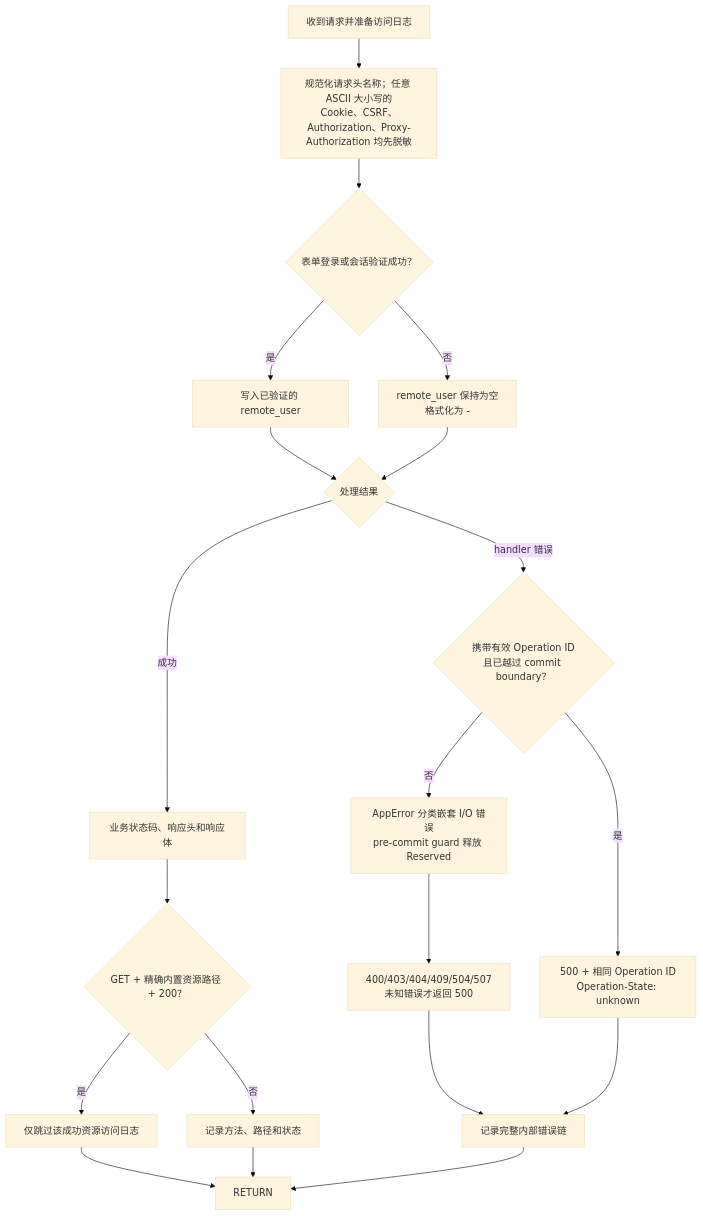
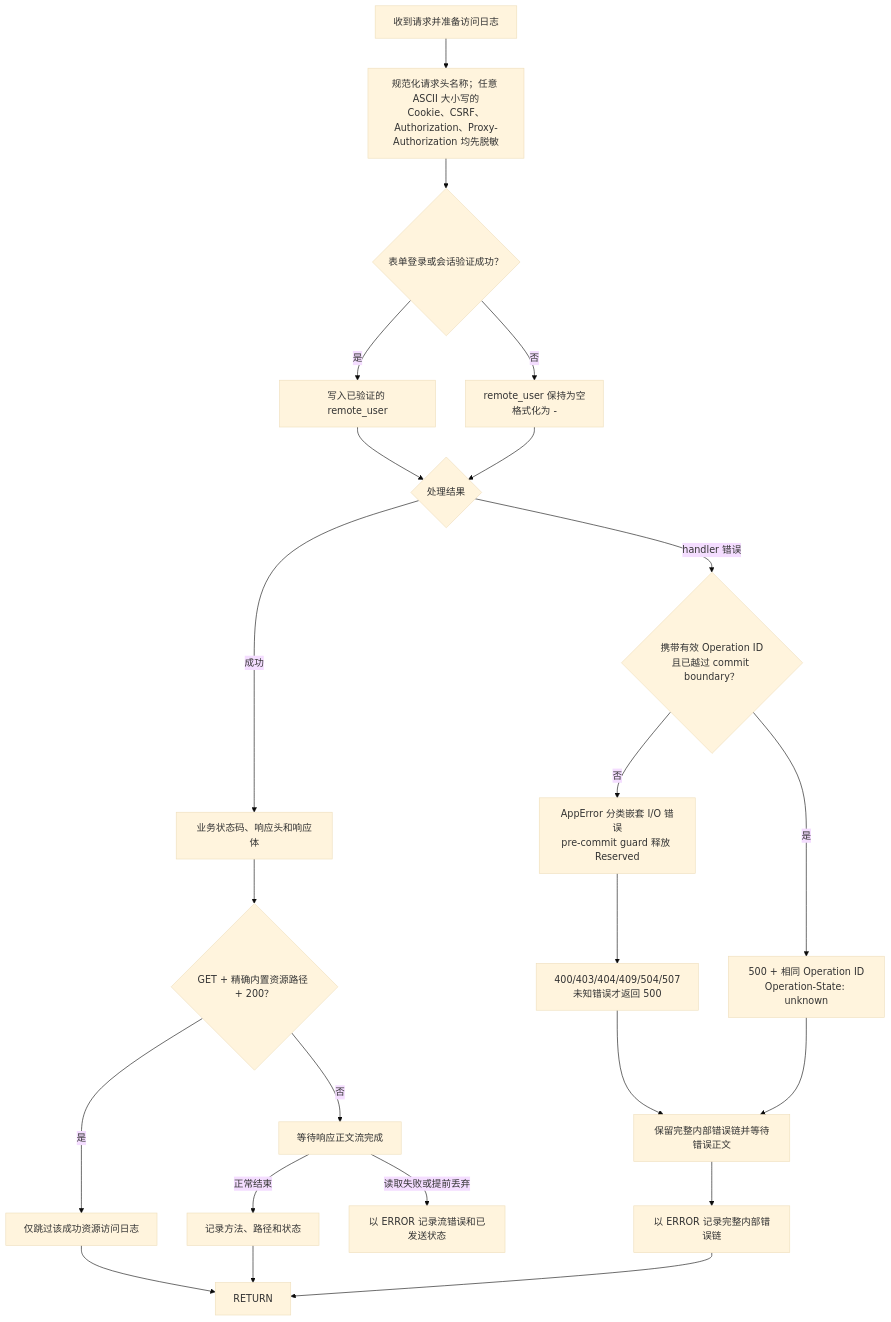
Before and after one commit to isarmg/dufs-ram: diagram 19 of 22 in docs/project-workflow.md, drawn with Mermaid (base theme). The commit also changed other lines of this file and 5 other files, not shown here.

````diff
--- a/docs/project-workflow.md
+++ b/docs/project-workflow.md
@@ -888,22 +888,25 @@
 ```mermaid
 flowchart TD
     HANDLER["收到请求并准备访问日志"] --> REDACT["规范化请求头名称；任意 ASCII 大小写的<br/>Cookie、CSRF、Authorization、Proxy-Authorization 均先脱敏"]
     REDACT --> IDENTITY{"表单登录或会话验证成功？"}
     IDENTITY -- 是 --> USER["写入已验证的 remote_user"]
     IDENTITY -- 否 --> EMPTY["remote_user 保持为空<br/>格式化为 -"]
     USER --> RESULT{"处理结果"}
     EMPTY --> RESULT
     RESULT -- 成功 --> STATUS["业务状态码、响应头和响应体"]
     RESULT -- handler 错误 --> TRACKED{"携带有效 Operation ID<br/>且已越过 commit boundary？"}
     TRACKED -- 是 --> UNKNOWN["500 + 相同 Operation ID<br/>Operation-State: unknown"]
     TRACKED -- 否 --> MAP["AppError 分类嵌套 I/O 错误<br/>pre-commit guard 释放 Reserved"]
     MAP --> ESTATUS["400/403/404/409/504/507<br/>未知错误才返回 500"]
     STATUS --> ASSET{"GET + 精确内置资源路径 + 200？"}
     ASSET -- 是 --> SKIP["仅跳过该成功资源访问日志"]
-    ASSET -- 否 --> LOG["记录方法、路径和状态"]
-    ESTATUS --> ERRORLOG["记录完整内部错误链"]
-    UNKNOWN --> ERRORLOG
+    ASSET -- 否 --> BODY["等待响应正文流完成"]
+    ESTATUS --> BODYERROR["保留完整内部错误链并等待错误正文"]
+    UNKNOWN --> BODYERROR
+    BODY -- 正常结束 --> LOG["记录方法、路径和状态"]
+    BODY -- 读取失败或提前丢弃 --> STREAMERROR["以 ERROR 记录流错误和已发送状态"]
+    BODYERROR --> ERRORLOG["以 ERROR 记录完整内部错误链"]
     SKIP --> RETURN
     LOG --> RETURN
     ERRORLOG --> RETURN
 ```
````
